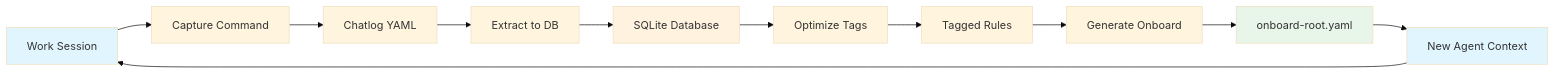
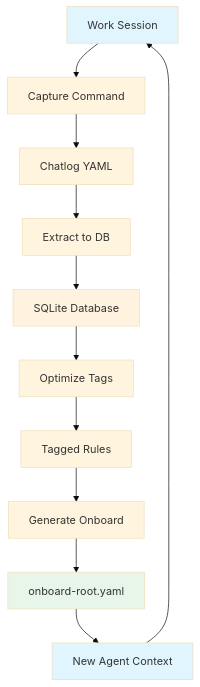
One commit to Pewejekubam/ContextEngine changed the diagram in README.md. Above: the diagram before and after it, drawn with Mermaid (base theme).

Commit message:
Release v3.3.0
Distribution release
- Tarball: context-engine-runtime-v3.3.0-20251124-130820Z.tar
- Size: 380K

🤖 Generated with [Claude Code](https://claude.com/claude-code)

````diff
--- a/README.md
+++ b/README.md
@@ -33,18 +33,18 @@
 ```mermaid
-graph LR
+graph TD
     A[Work Session] --> B[Capture Command]
     B --> C[Chatlog YAML]
     C --> D[Extract to DB]
     D --> E[SQLite Database]
     E --> F[Optimize Tags]
     F --> G[Tagged Rules]
     G --> H[Generate Onboard]
     H --> I[onboard-root.yaml]
     I --> J[New Agent Context]
     J --> A
 
     style A fill:#e1f5fe
     style J fill:#e1f5fe
     style E fill:#fff3e0
     style I fill:#e8f5e9
 ```
````
